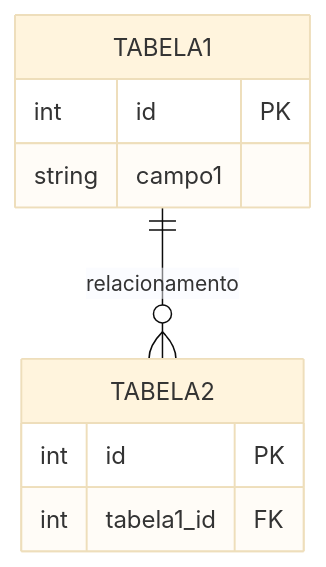
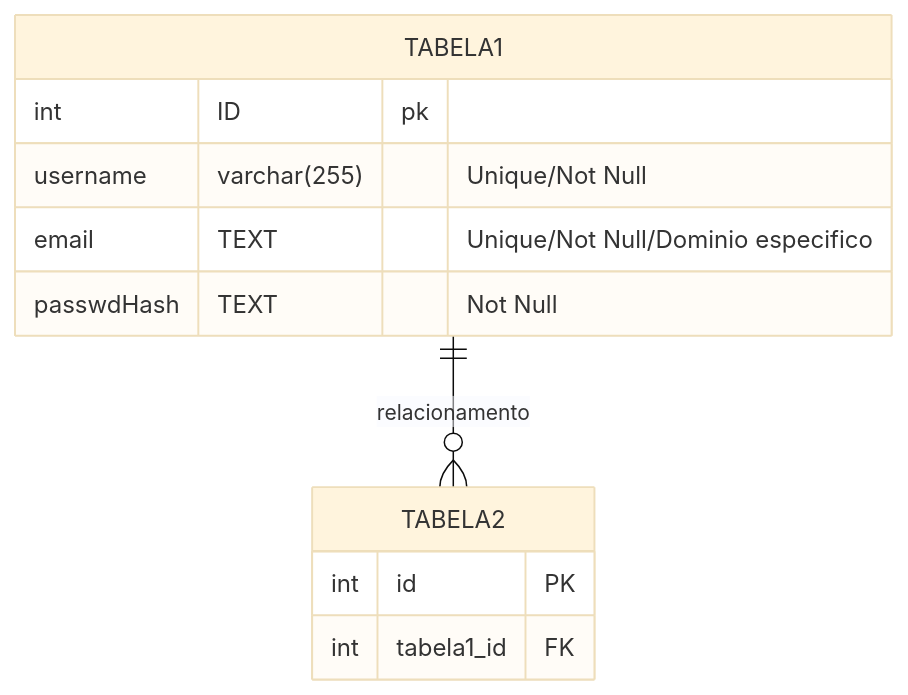
Before and after one commit to Eduardo-Nicolete37/OrdoCalamitatis: the first of 3 diagrams in README.md, drawn with Mermaid (base theme). The commit also changed other lines of this file, not shown here.

````diff
--- a/README.md
+++ b/README.md
@@ -209,14 +237,16 @@
 ```mermaid
 erDiagram
     TABELA1 {
-        int id PK
-        string campo1
+        int ID pk
+        username varchar(255) "Unique/Not Null"
+        email TEXT "Unique/Not Null/Dominio especifico"
+        passwdHash TEXT "Not Null"
     }
     
     TABELA2 {
         int id PK
         int tabela1_id FK
     }
     
     TABELA1 ||--o{ TABELA2 : "relacionamento"
 ```
````
